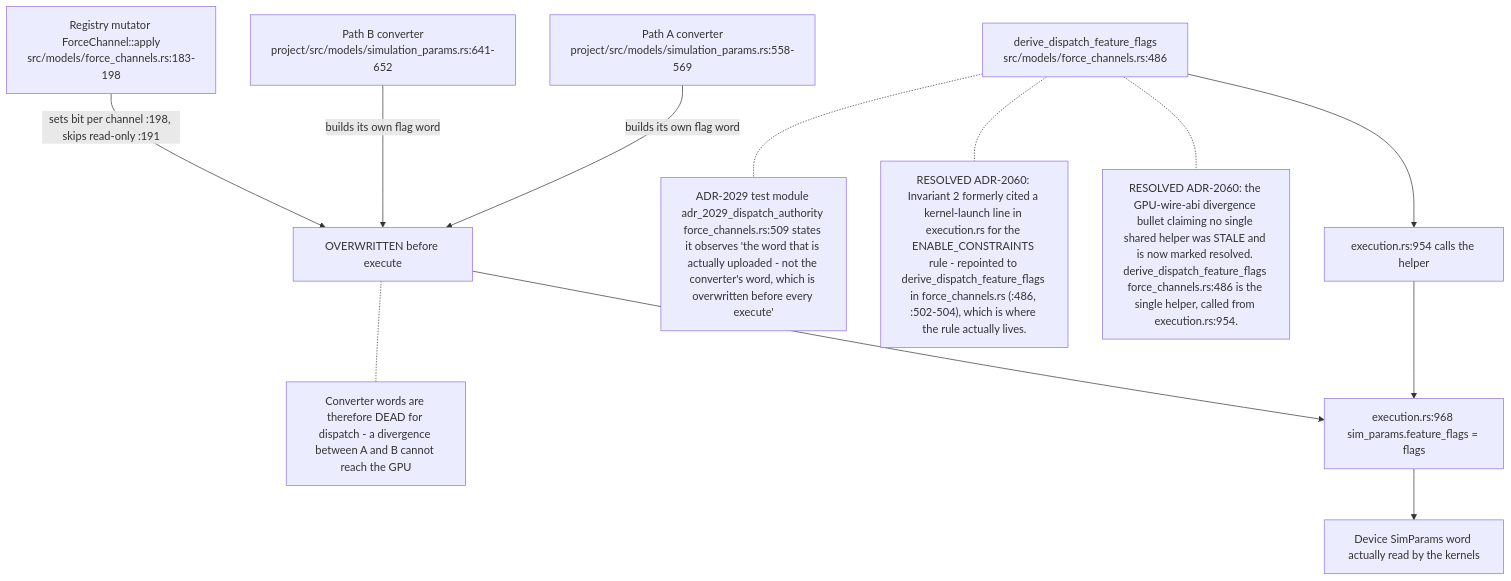
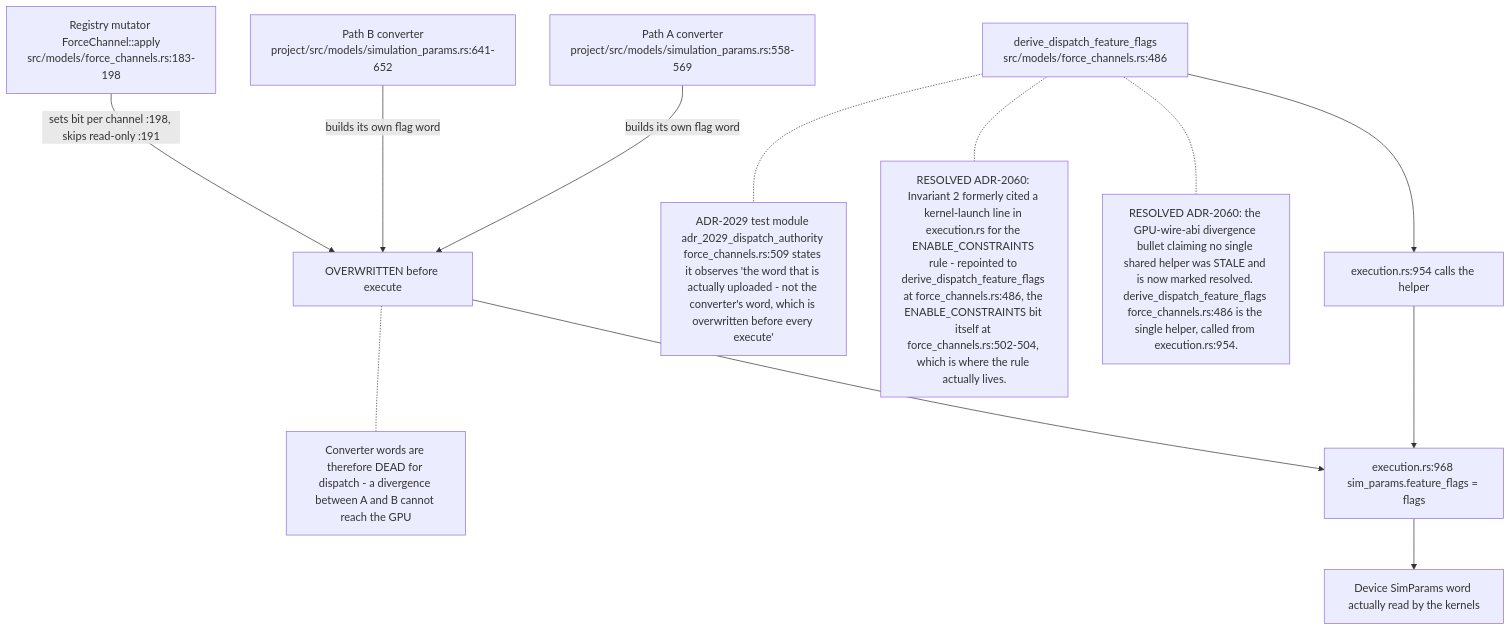
The third of 9 diagrams in docs/diagrams/visionclaw/11-physics-step-and-force-channels.md (DreamLab-AI/VisionFlow), drawn with Mermaid before and after one commit. The commit also changed other lines of this file and 52 other files, not shown here.

First line of the commit message:
docs(diagrams): wave 3 checkpoint — bare line refs resolved, revision-pinned cite-check, VC-05/AB-01..13 re-attested

````diff
--- a/docs/diagrams/visionclaw/11-physics-step-and-force-channels.md
+++ b/docs/diagrams/visionclaw/11-physics-step-and-force-channels.md
@@ -99,25 +99,25 @@
 ```mermaid
 flowchart TD
     A["Path A converter<br/>project/src/models/simulation_params.rs:558-569"]
     B["Path B converter<br/>project/src/models/simulation_params.rs:641-652"]
     C["Registry mutator ForceChannel::apply<br/>src/models/force_channels.rs:183-198"]
     D["derive_dispatch_feature_flags<br/>src/models/force_channels.rs:486"]
     E["execution.rs:954 calls the helper"]
     F["execution.rs:968 sim_params.feature_flags = flags"]
     G["Device SimParams word actually read by the kernels"]
 
     A -->|"builds its own flag word"| X["OVERWRITTEN before execute"]
     B -->|"builds its own flag word"| X
     C -->|"sets bit per channel :198, skips read-only :191"| X
     X --> F
     D --> E --> F --> G
 
     N1["RESOLVED ADR-2060: the GPU-wire-abi divergence bullet claiming no single shared helper was STALE and is now marked resolved. derive_dispatch_feature_flags force_channels.rs:486 is the single helper, called from execution.rs:954."]
-    N2["RESOLVED ADR-2060: Invariant 2 formerly cited a kernel-launch line in execution.rs for the ENABLE_CONSTRAINTS rule - repointed to derive_dispatch_feature_flags in force_channels.rs (:486, :502-504), which is where the rule actually lives."]
+    N2["RESOLVED ADR-2060: Invariant 2 formerly cited a kernel-launch line in execution.rs for the ENABLE_CONSTRAINTS rule - repointed to derive_dispatch_feature_flags at force_channels.rs:486, the ENABLE_CONSTRAINTS bit itself at force_channels.rs:502-504, which is where the rule actually lives."]
     N3["ADR-2029 test module adr_2029_dispatch_authority force_channels.rs:509 states it observes 'the word that is actually uploaded - not the converter's word, which is overwritten before every execute'"]
     N4["Converter words are therefore DEAD for dispatch - a divergence between A and B cannot reach the GPU"]
     D -.- N1
     D -.- N2
     D -.- N3
     X -.- N4
 ```
````
